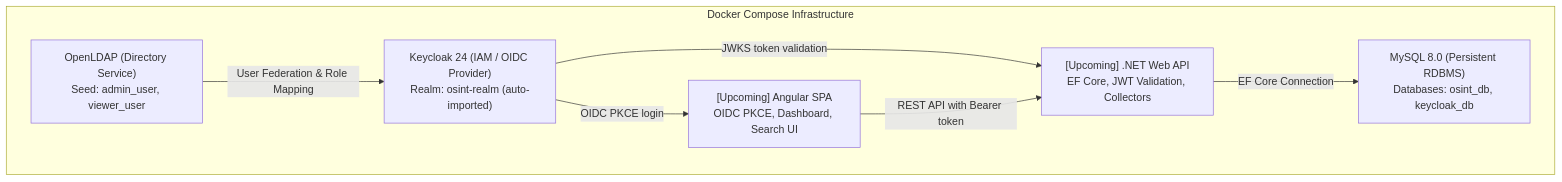
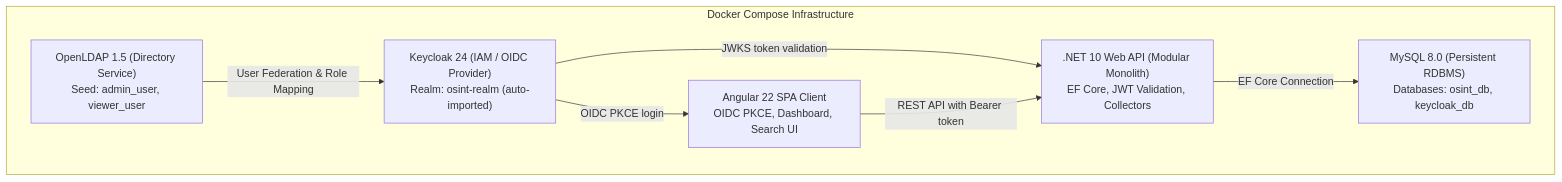
One commit to KriszNyikos/OSINT-MVP changed the diagram in README.md. Above: the diagram before and after it, drawn with Mermaid. The commit also changed other lines of this file and 4 other files, not shown here.

````diff
--- a/README.md
+++ b/README.md
@@ -10,16 +10,16 @@
 ```mermaid
 graph TD
     subgraph Docker Compose Infrastructure
-        LDAP["OpenLDAP (Directory Service)<br>Seed: admin_user, viewer_user"]
+        LDAP["OpenLDAP 1.5 (Directory Service)<br>Seed: admin_user, viewer_user"]
         KC["Keycloak 24 (IAM / OIDC Provider)<br>Realm: osint-realm (auto-imported)"]
         MYSQL["MySQL 8.0 (Persistent RDBMS)<br>Databases: osint_db, keycloak_db"]
-        BE["[Upcoming] .NET Web API<br>EF Core, JWT Validation, Collectors"]
-        FE["[Upcoming] Angular SPA<br>OIDC PKCE, Dashboard, Search UI"]
+        BE[".NET 10 Web API (Modular Monolith)<br>EF Core, JWT Validation, Collectors"]
+        FE["Angular 22 SPA Client<br>OIDC PKCE, Dashboard, Search UI"]
     end
 
     LDAP -->|User Federation & Role Mapping| KC
     KC -->|JWKS token validation| BE
     KC -->|OIDC PKCE login| FE
     BE -->|EF Core Connection| MYSQL
     FE -->|REST API with Bearer token| BE
 ```
````
